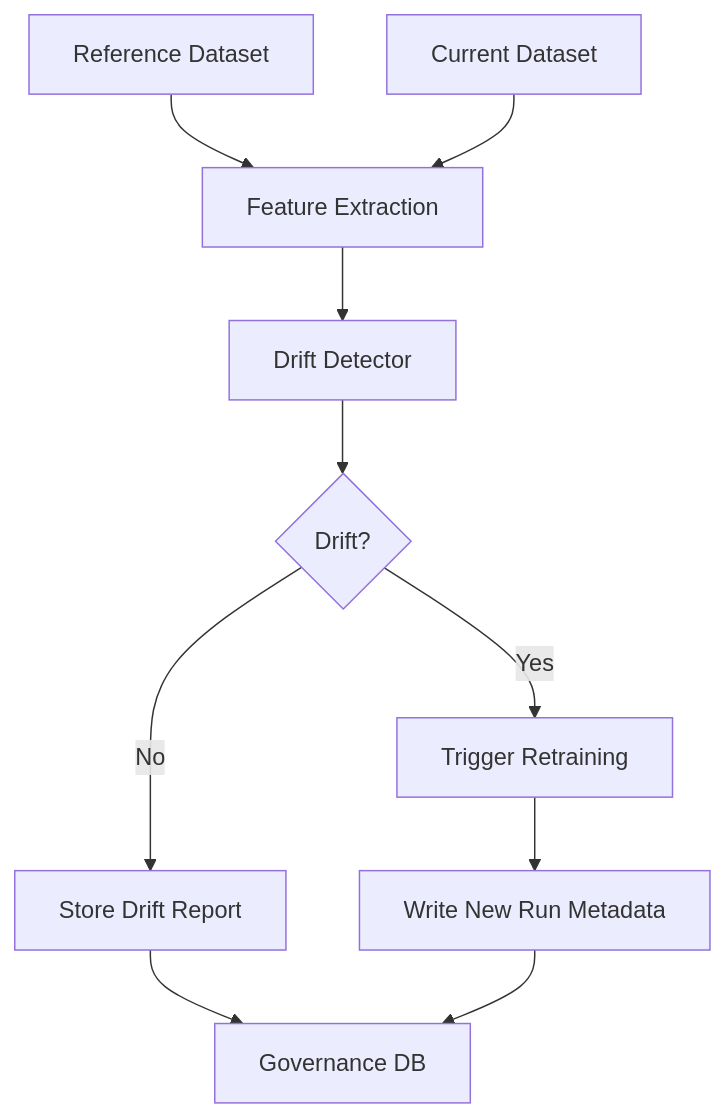
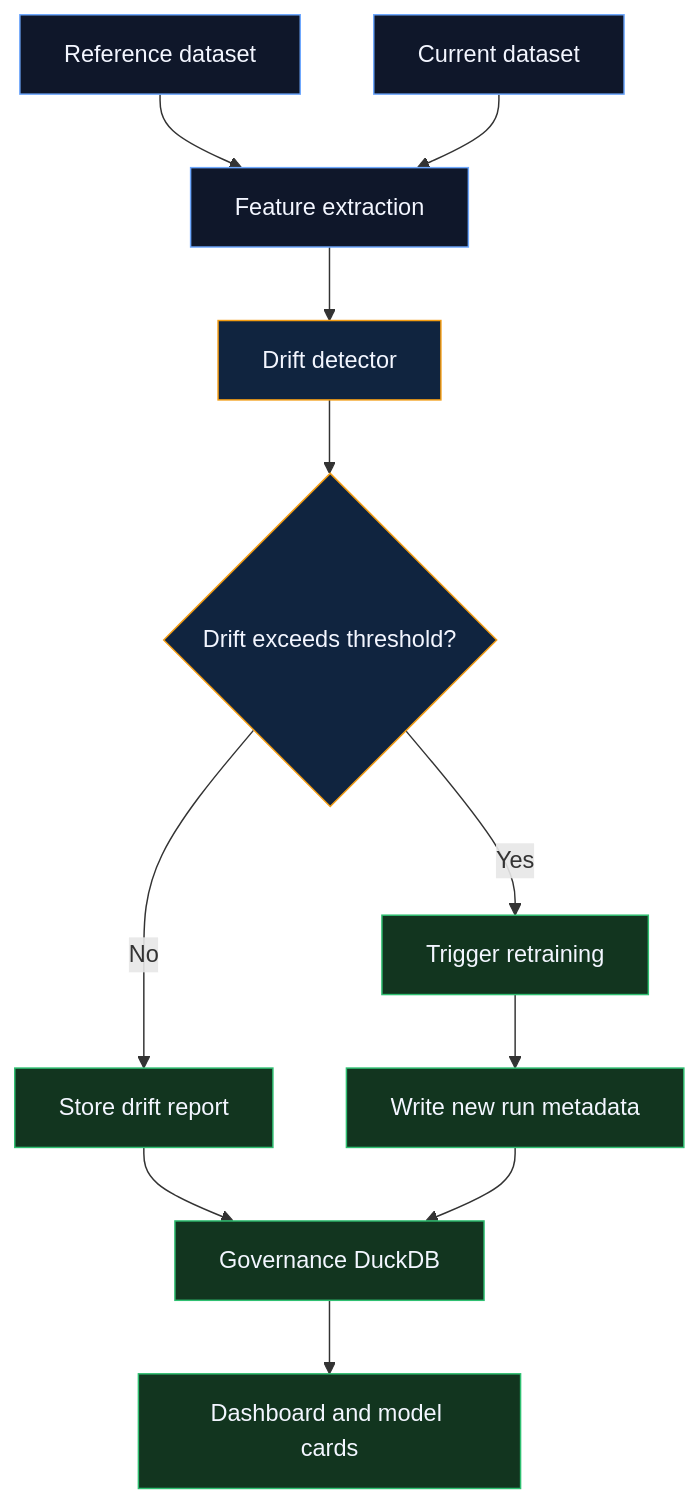
Before and after one commit to AngelP17/Rift: the third of 5 diagrams in README.md, drawn with Mermaid. The commit also changed other lines of this file and 8 other files, not shown here.

````diff
--- a/README.md
+++ b/README.md
@@ -315,12 +351,20 @@
 ```mermaid
 flowchart TD
-    A[Reference Dataset] --> C[Feature Extraction]
-    B[Current Dataset] --> C
-    C --> D[Drift Detector]
-    D --> E{Drift?}
-    E -->|No| F[Store Drift Report]
-    E -->|Yes| G[Trigger Retraining]
-    G --> H[Write New Run Metadata]
-    F --> I[Governance DB]
+    A["Reference dataset"] --> C["Feature extraction"]
+    B["Current dataset"] --> C
+    C --> D["Drift detector"]
+    D --> E{"Drift exceeds threshold?"}
+    E -->|"No"| F["Store drift report"]
+    E -->|"Yes"| G["Trigger retraining"]
+    G --> H["Write new run metadata"]
+    F --> I["Governance DuckDB"]
     H --> I
+    I --> J["Dashboard and model cards"]
+
+    classDef data fill:#0f172a,stroke:#6ea8fe,color:#f3f6ff
+    classDef check fill:#10243f,stroke:#f39c12,color:#f3f6ff
+    classDef output fill:#12351f,stroke:#2fbf71,color:#f3f6ff
+    class A,B,C data
+    class D,E check
+    class F,G,H,I,J output
 ```
````
